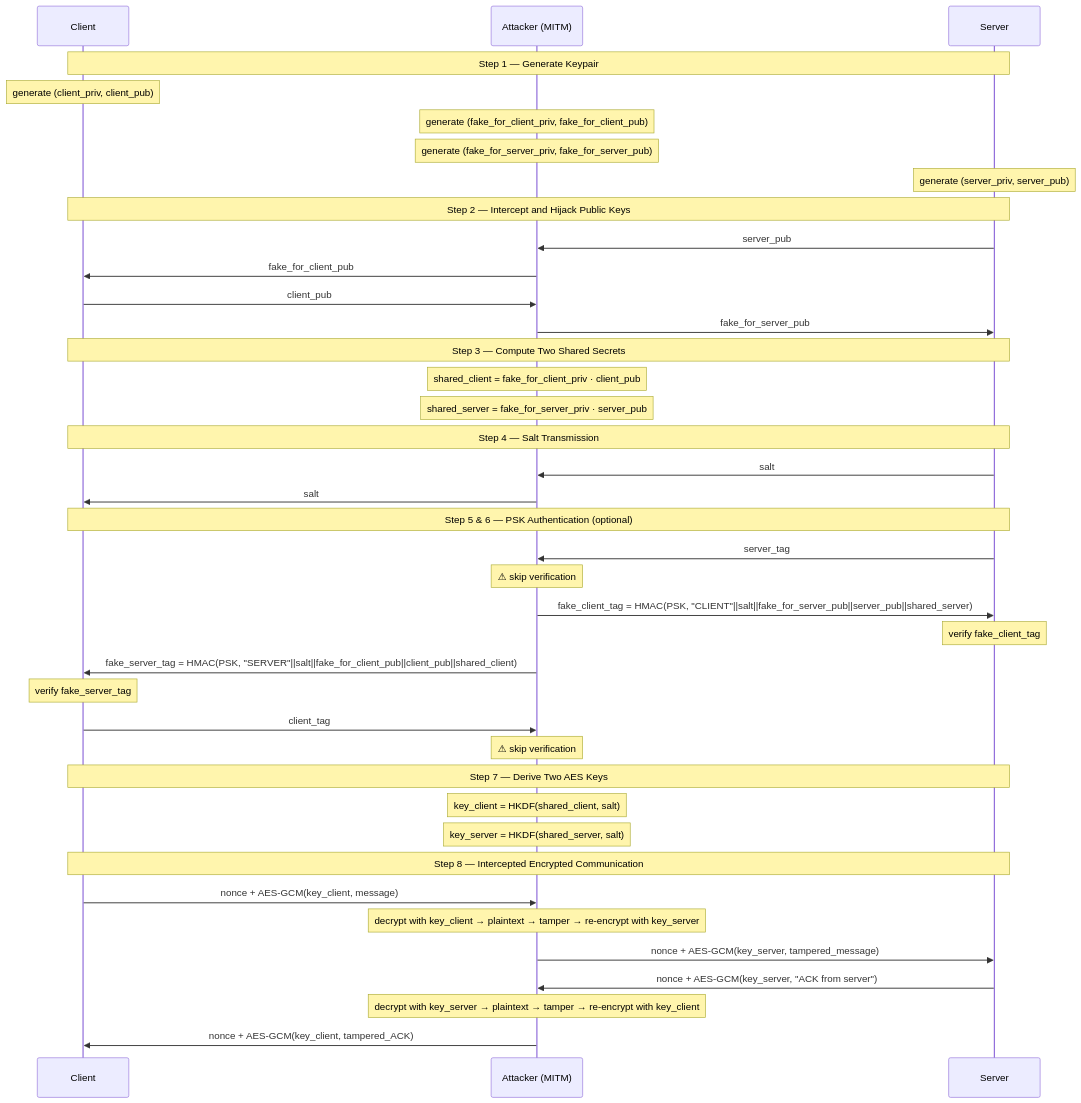
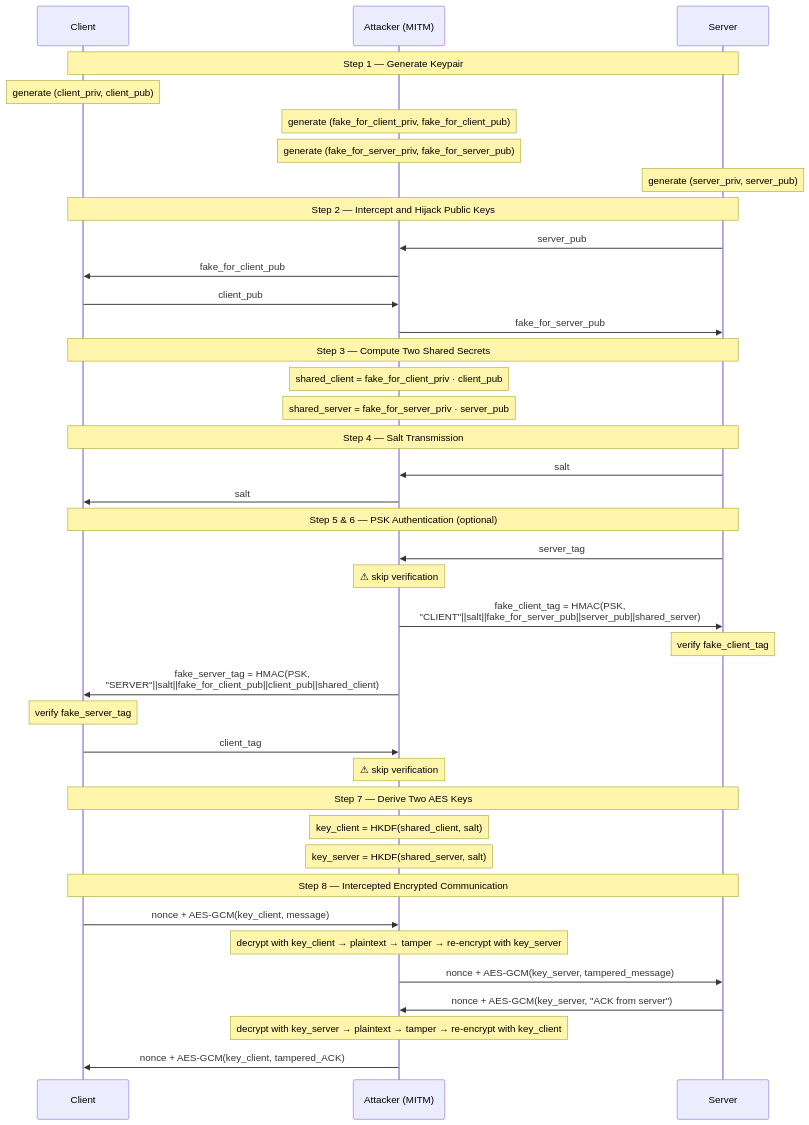
The second of 3 diagrams in README.md (hanbo-fan/diffie-hellman-mitm-attack-demo), drawn with Mermaid before and after one commit. The commit also changed other lines of this file, not shown here.

````diff
--- a/README.md
+++ b/README.md
@@ -51,48 +51,48 @@
 ```mermaid
 sequenceDiagram
     participant C as Client
     participant M as Attacker (MITM)
     participant S as Server
 
     Note over C,S: Step 1 — Generate Keypair
     Note over C: generate (client_priv, client_pub)
     Note over M: generate (fake_for_client_priv, fake_for_client_pub)
     Note over M: generate (fake_for_server_priv, fake_for_server_pub)
     Note over S: generate (server_priv, server_pub)
 
     Note over C,S: Step 2 — Intercept and Hijack Public Keys
     S->>M: server_pub
     M->>C: fake_for_client_pub
     C->>M: client_pub
     M->>S: fake_for_server_pub
 
     Note over C,S: Step 3 — Compute Two Shared Secrets
     Note over M: shared_client = fake_for_client_priv · client_pub
     Note over M: shared_server = fake_for_server_priv · server_pub
 
     Note over C,S: Step 4 — Salt Transmission
     S->>M: salt
     M->>C: salt
 
     Note over C,S: Step 5 & 6 — PSK Authentication (optional)
     S->>M: server_tag
     Note over M: ⚠ skip verification
-    M->>S: fake_client_tag = HMAC(PSK, "CLIENT"||salt||fake_for_server_pub||server_pub||shared_server)
+    M->>S: fake_client_tag = HMAC(PSK, <br/>"CLIENT"||salt||fake_for_server_pub||server_pub||shared_server)
     Note over S: verify fake_client_tag
-    M->>C: fake_server_tag = HMAC(PSK, "SERVER"||salt||fake_for_client_pub||client_pub||shared_client)
+    M->>C: fake_server_tag = HMAC(PSK, <br/>"SERVER"||salt||fake_for_client_pub||client_pub||shared_client)
     Note over C: verify fake_server_tag
     C->>M: client_tag
     Note over M: ⚠ skip verification
 
     Note over C,S: Step 7 — Derive Two AES Keys
     Note over M: key_client = HKDF(shared_client, salt)
     Note over M: key_server = HKDF(shared_server, salt)
 
     Note over C,S: Step 8 — Intercepted Encrypted Communication
     C->>M: nonce + AES-GCM(key_client, message)
     Note over M: decrypt with key_client → plaintext → tamper → re-encrypt with key_server
     M->>S: nonce + AES-GCM(key_server, tampered_message)
     S->>M: nonce + AES-GCM(key_server, "ACK from server")
     Note over M: decrypt with key_server → plaintext → tamper → re-encrypt with key_client
     M->>C: nonce + AES-GCM(key_client, tampered_ACK)
 ```
````
